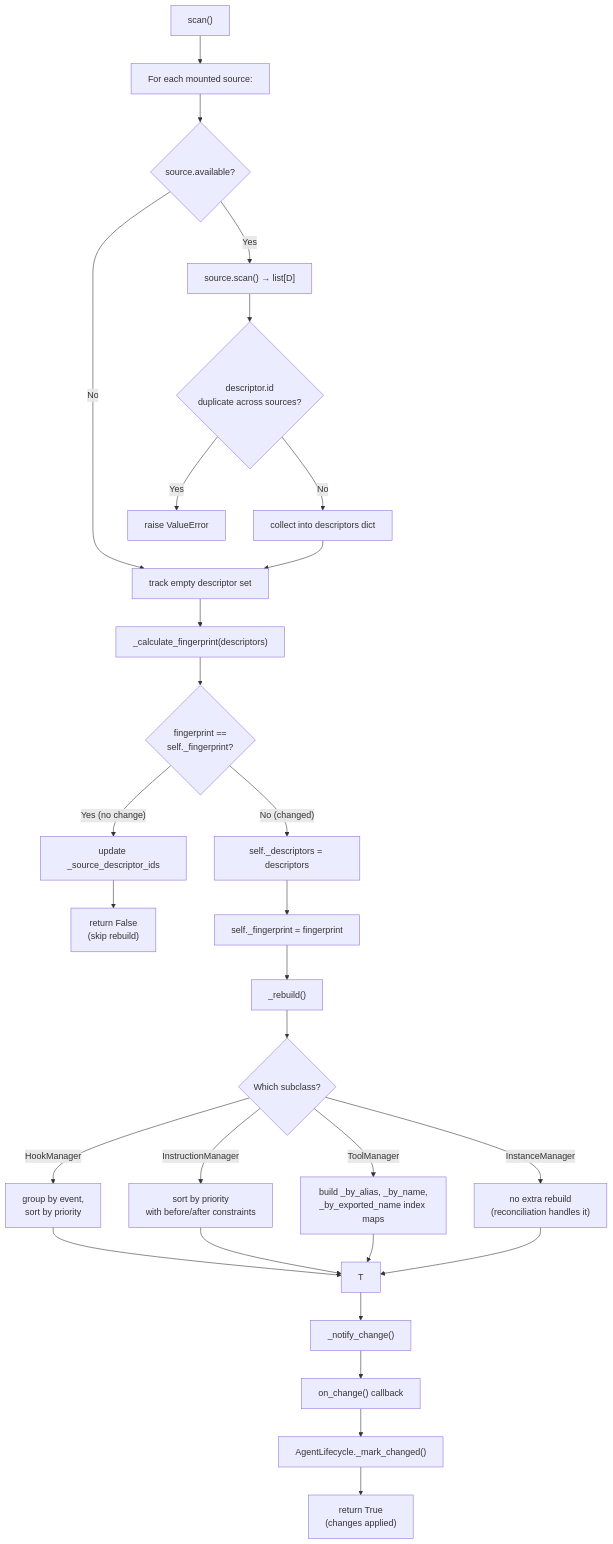
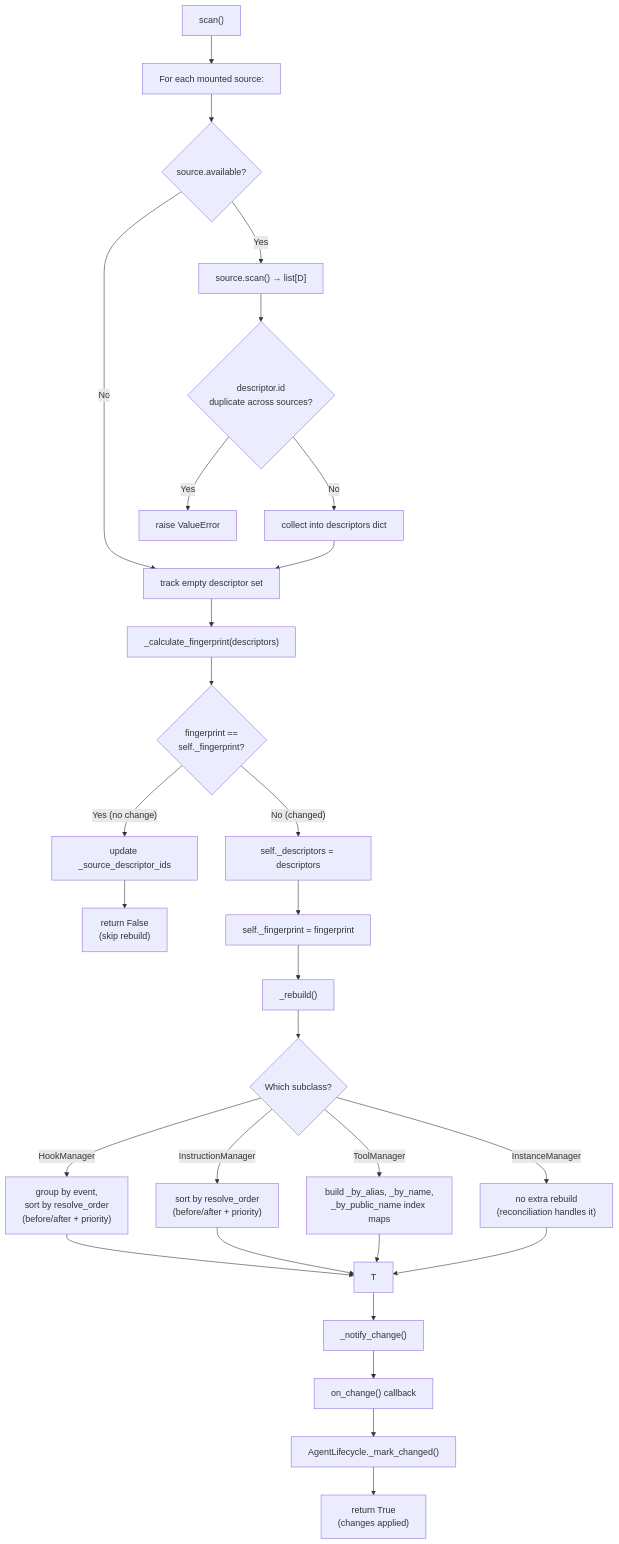
One commit to matrixd0t/commamatrix changed the ninth of 13 diagrams in visuals.md. Above: the diagram before and after it, drawn with Mermaid. The commit also changed other lines of this file and 52 other files, not shown here.

````diff
--- a/visuals.md
+++ b/visuals.md
@@ -469,36 +478,36 @@
 ```mermaid
 flowchart TD
     A["scan()"] --> B["For each mounted source:"]
     B --> C{"source.available?"}
     C -->|"No"| D["track empty descriptor set"]
     C -->|"Yes"| E["source.scan() → list[D]"]
     E --> F{"descriptor.id<br/>duplicate across sources?"}
     F -->|"Yes"| G["raise ValueError"]
     F -->|"No"| H["collect into descriptors dict"]
     H --> D
     D --> I["_calculate_fingerprint(descriptors)"]
     I --> J{"fingerprint ==<br/>self._fingerprint?"}
 
     J -->|"Yes (no change)"| K["update _source_descriptor_ids"]
     K --> L["return False<br/>(skip rebuild)"]
 
     J -->|"No (changed)"| M["self._descriptors = descriptors"]
     M --> N["self._fingerprint = fingerprint"]
     N --> O["_rebuild()"]
     O --> P{"Which subclass?"}
 
-    P -->|"HookManager"| Q["group by event,<br/>sort by priority"]
-    P -->|"InstructionManager"| InsOrd["sort by priority<br/>with before/after constraints"]
-    P -->|"ToolManager"| R["build _by_alias, _by_name,<br/>_by_exported_name index maps"]
+    P -->|"HookManager"| Q["group by event,<br/>sort by resolve_order<br/>(before/after + priority)"]
+    P -->|"InstructionManager"| InsOrd["sort by resolve_order<br/>(before/after + priority)"]
+    P -->|"ToolManager"| R["build _by_alias, _by_name,<br/>_by_public_name index maps"]
     P -->|"InstanceManager"| S["no extra rebuild<br/>(reconciliation handles it)"]
 
     Q --> T
     InsOrd --> T
     R --> T
     S --> T
 
     T --> U["_notify_change()"]
     U --> V["on_change() callback"]
     V --> W["AgentLifecycle._mark_changed()"]
     W --> X["return True<br/>(changes applied)"]
 ```
````
